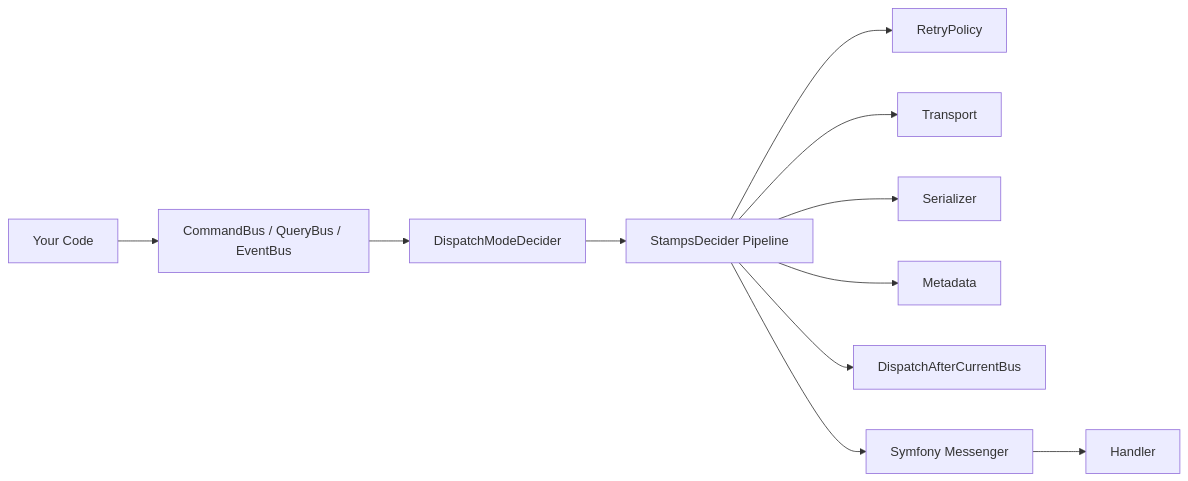
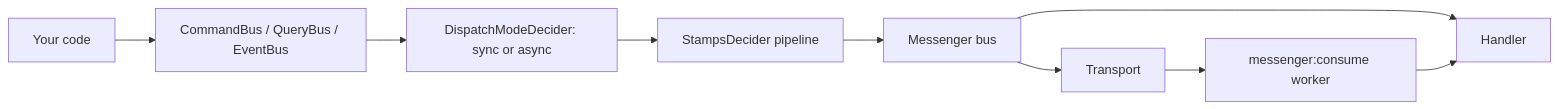
One commit to somework/cqrs changed the diagram in README.md. Above: the diagram before and after it, drawn with Mermaid. The commit also changed other lines of this file and 35 other files, not shown here.

````diff
--- a/README.md
+++ b/README.md
@@ -23,13 +23,11 @@
 ```mermaid
 flowchart LR
-    A[Your Code] --> B[CommandBus / QueryBus / EventBus]
-    B --> C[DispatchModeDecider]
-    C --> D[StampsDecider Pipeline]
-    D --> E1[RetryPolicy]
-    D --> E2[Transport]
-    D --> E3[Serializer]
-    D --> E4[Metadata]
-    D --> E5[DispatchAfterCurrentBus]
-    D --> F[Symfony Messenger]
-    F --> G[Handler]
+    A[Your code] --> B[CommandBus / QueryBus / EventBus]
+    B --> C[DispatchModeDecider: sync or async]
+    C --> D[StampsDecider pipeline]
+    D --> E[Messenger bus]
+    E --> F[Handler]
+    E --> G[Transport]
+    G --> H[messenger:consume worker]
+    H --> F
 ```
````
